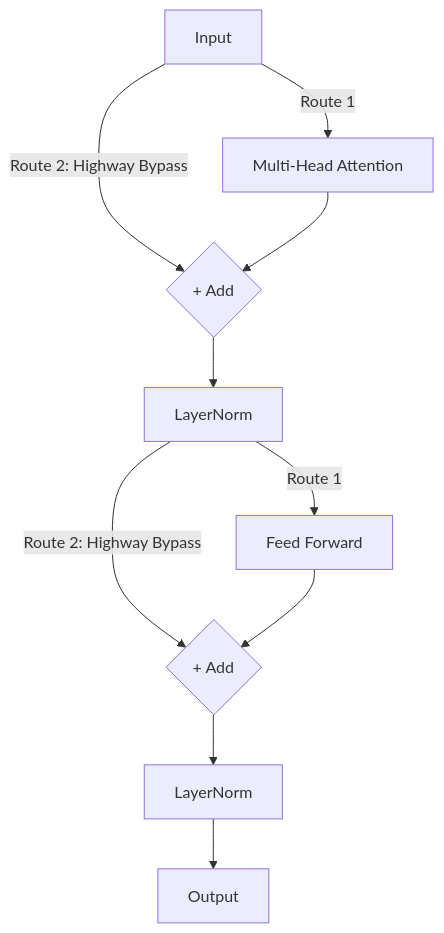
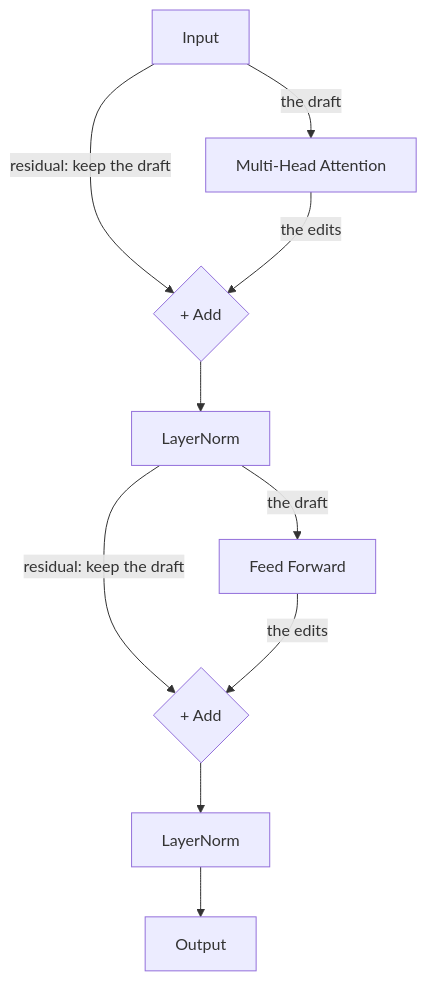
The diagram in docs/02_architecture_assembly.md (alimaksudi/llm_workout), drawn with Mermaid before and after one commit. The commit also changed other lines of this file and 26 other files, not shown here.

````diff
--- a/docs/02_architecture_assembly.md
+++ b/docs/02_architecture_assembly.md
@@ -22,13 +28,13 @@
 ```mermaid
 graph TD
-    Input -->|Route 1| Attn[Multi-Head Attention]
-    Input -->|Route 2: Highway Bypass| Add1{+ Add}
-    Attn --> Add1
+    Input -->|the draft| Attn[Multi-Head Attention]
+    Input -->|residual: keep the draft| Add1{+ Add}
+    Attn -->|the edits| Add1
     Add1 --> Norm1[LayerNorm]
     
-    Norm1 -->|Route 1| FFN[Feed Forward]
-    Norm1 -->|Route 2: Highway Bypass| Add2{+ Add}
-    FFN --> Add2
+    Norm1 -->|the draft| FFN[Feed Forward]
+    Norm1 -->|residual: keep the draft| Add2{+ Add}
+    FFN -->|the edits| Add2
     Add2 --> Norm2[LayerNorm]
     Norm2 --> Output
 ```
````
